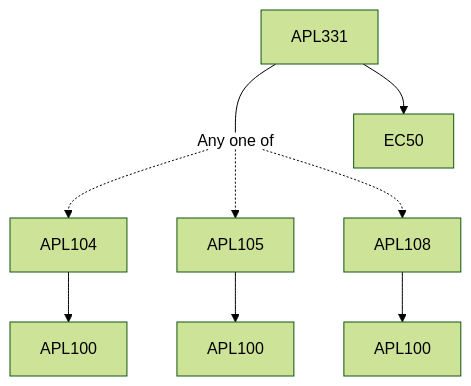
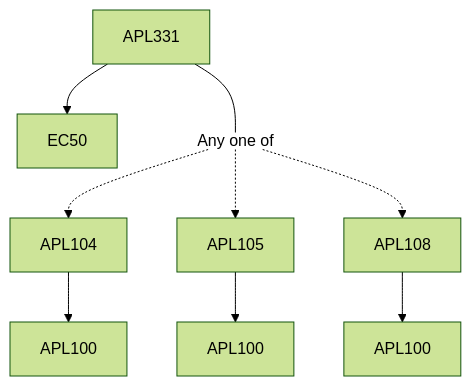
The diagram in content/Applied Mechanics/APL331.md (KeshavBansal0122/CoS_Website), drawn with Mermaid (forest theme) before and after one commit. The commit also changed other lines of this file and 2662 other files, not shown here.

````diff
--- a/content/Applied Mechanics/APL331.md
+++ b/content/Applied Mechanics/APL331.md
@@ -13,15 +13,15 @@
 ```mermaid
 flowchart TD
 APL331-1273[APL331]
+APL331-1273 --> EC50-1273[EC50]
 APL331-1273 --- Or1274[Any one of]:::empty
+APL104-1275 --> APL100-1275[APL100]
 Or1274 -.-> APL104-1275[APL104]
-APL104-1275 --> APL100-1275[APL100]
+APL105-1276 --> APL100-1276[APL100]
 Or1274 -.-> APL105-1276[APL105]
-APL105-1276 --> APL100-1276[APL100]
 Or1274 -.-> APL108-1277[APL108]
 APL108-1277 --> APL100-1277[APL100]
-APL331-1273 --> EC50-1273[EC50]
 
 classDef empty height:17px, fill:transparent, stroke:transparent;
 classDef trueEmpty height:0px, width:0px;
 ```
````
